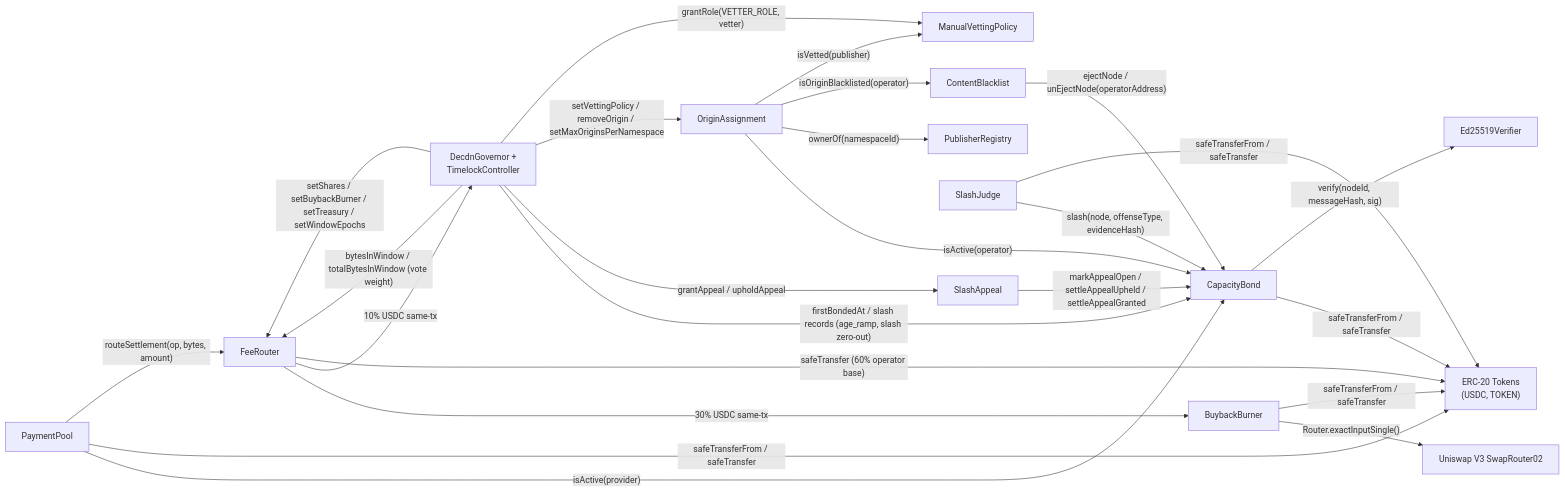
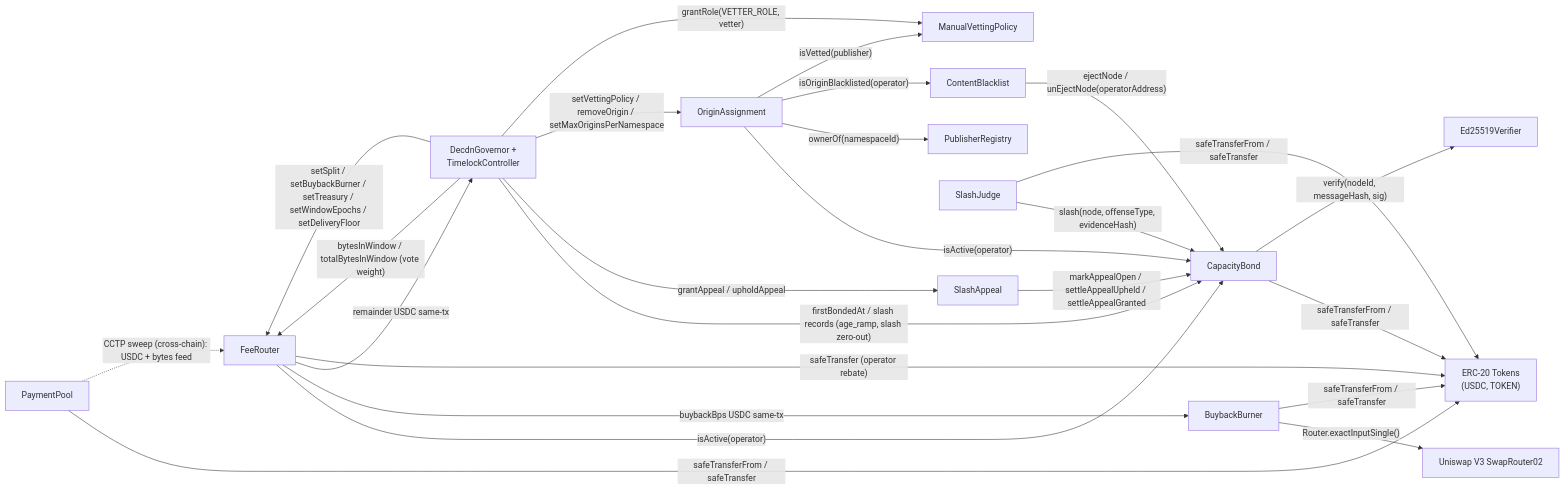
One commit to decdn/decdn changed the third of 5 diagrams in adr/016-contract-interactions.md. Above: the diagram before and after it, drawn with Mermaid. The commit also changed other lines of this file and 25 other files, not shown here.

First line of the commit message:
docs(adr): split governance chain from payment chains

````diff
--- a/adr/016-contract-interactions.md
+++ b/adr/016-contract-interactions.md
@@ -423,42 +478,42 @@
 ```mermaid
 graph LR
     SPC["PaymentPool"]
     CBOND["CapacityBond"]
     CB["ContentBlacklist"]
     PR["PublisherRegistry"]
     OA["OriginAssignment"]
     MVP["ManualVettingPolicy"]
     SJ["SlashJudge"]
     BB["BuybackBurner"]
     FR["FeeRouter"]
     SA["SlashAppeal"]
     GOV["DecdnGovernor +<br/>TimelockController"]
     ERC["ERC-20 Tokens<br/>(USDC, TOKEN)"]
     UNI["Uniswap V3 SwapRouter02"]
     ED["Ed25519Verifier"]
 
-    SPC -->|"isActive(provider)"| CBOND
     SPC -->|"safeTransferFrom / safeTransfer"| ERC
-    SPC -->|"routeSettlement(op, bytes, amount)"| FR
-    FR -->|"30% USDC same-tx"| BB
-    FR -->|"10% USDC same-tx"| GOV
-    FR -->|"safeTransfer (60% operator base)"| ERC
+    SPC -.->|"CCTP sweep (cross-chain): USDC + bytes feed"| FR
+    FR -->|"isActive(operator)"| CBOND
+    FR -->|"buybackBps USDC same-tx"| BB
+    FR -->|"remainder USDC same-tx"| GOV
+    FR -->|"safeTransfer (operator rebate)"| ERC
     GOV -->|"bytesInWindow / totalBytesInWindow (vote weight)"| FR
     GOV -->|"firstBondedAt / slash records (age_ramp, slash zero-out)"| CBOND
     GOV -->|"grantAppeal / upholdAppeal"| SA
-    GOV -->|"setShares / setBuybackBurner / setTreasury / setWindowEpochs"| FR
+    GOV -->|"setSplit / setBuybackBurner / setTreasury / setWindowEpochs / setDeliveryFloor"| FR
     CB -->|"ejectNode / unEjectNode(operatorAddress)"| CBOND
     OA -->|"isActive(operator)"| CBOND
     OA -->|"ownerOf(namespaceId)"| PR
     OA -->|"isOriginBlacklisted(operator)"| CB
     OA -->|"isVetted(publisher)"| MVP
     GOV -->|"setVettingPolicy / removeOrigin / setMaxOriginsPerNamespace"| OA
     GOV -->|"grantRole(VETTER_ROLE, vetter)"| MVP
     SJ -->|"slash(node, offenseType, evidenceHash)"| CBOND
     SJ -->|"safeTransferFrom / safeTransfer"| ERC
     CBOND -->|"safeTransferFrom / safeTransfer"| ERC
     CBOND -->|"verify(nodeId, messageHash, sig)"| ED
     SA -->|"markAppealOpen / settleAppealUpheld / settleAppealGranted"| CBOND
     BB -->|"Router.exactInputSingle()"| UNI
     BB -->|"safeTransferFrom / safeTransfer"| ERC
 ```
````
